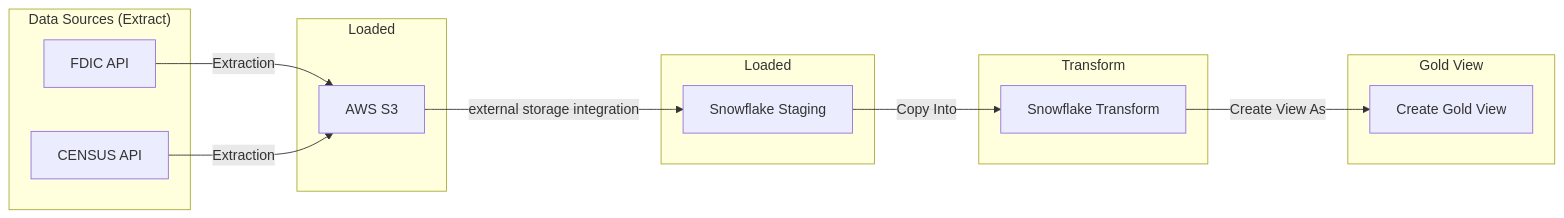
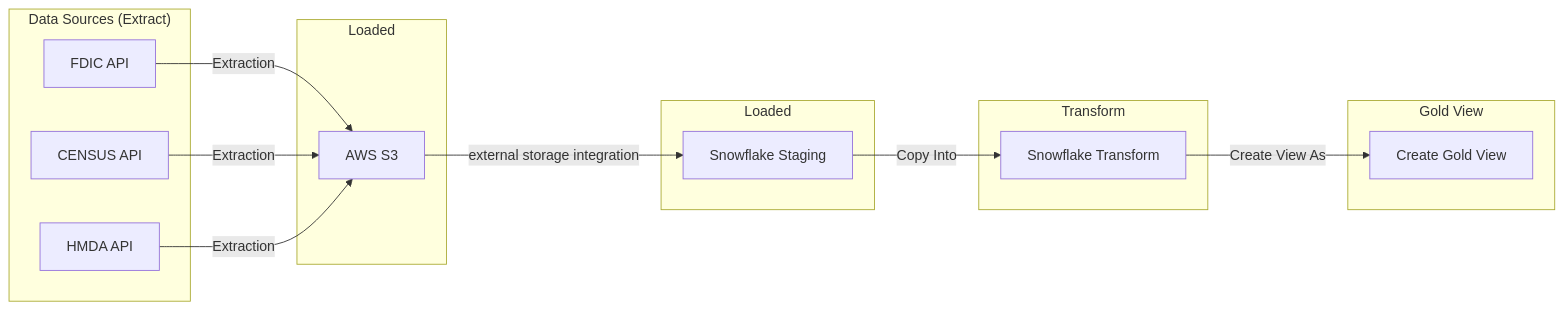
Before and after one commit to SpotMcCormick/bank-redline-project: the diagram in README.md, drawn with Mermaid.

Commit message:
updated march graph in readme

````diff
--- a/README.md
+++ b/README.md
@@ -16,37 +16,38 @@
 ```mermaid
 graph LR
     %% Data Sources
     subgraph Sources ["Data Sources (Extract)"]
         FDIC[FDIC API]
         CENSUS[CENSUS API]
+        HMDA[HMDA API]
     end
 
     %% Load
     subgraph Storage ["Loaded"]
         S3[AWS S3]
     end
 
     %% snf loaded
     subgraph stg_snf ["Loaded"]
         snf["Snowflake Staging"]
     end
 
     %% snf transform
     subgraph snf_transfrom ["Transform"]
         transform["Snowflake Transform"]
     end
 
        %% snf_gold
     subgraph snf_gold["Gold View"]
         gold["Create Gold View"]
     end
 
 
     %% Data Flow Pipeline
     FDIC -->|Extraction | S3
     CENSUS -->|Extraction| S3
+    HMDA -->|Extraction| S3
     S3 -->|external storage integration|snf
     snf -->|Copy Into| transform
-    transform -->|Create View As| gold   
-
+    transform -->|Create View As| gold
 ```
````
